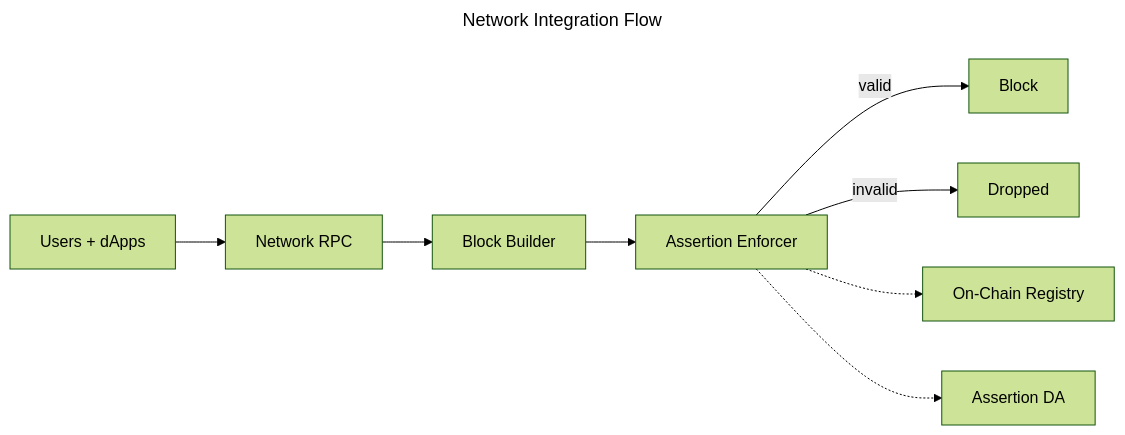
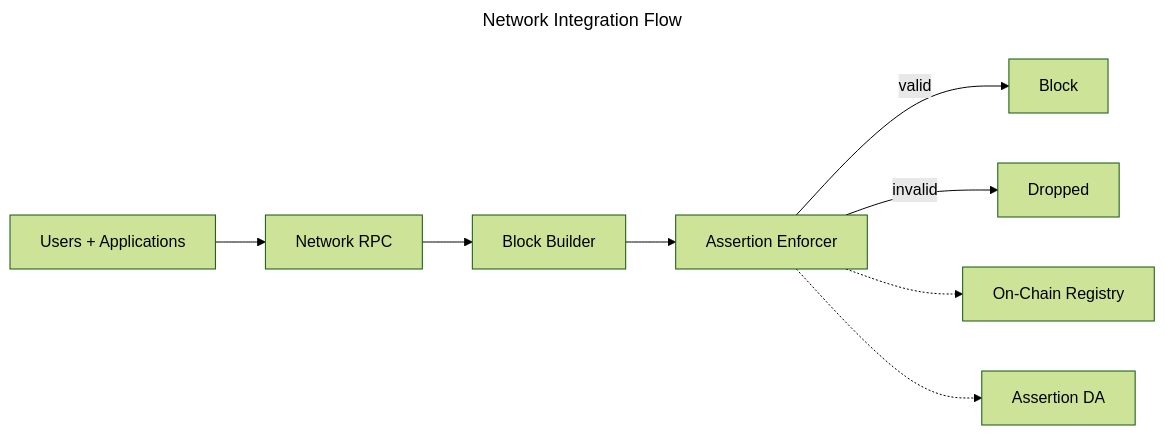
Before and after one commit to phylaxsystems/phylax-docs: the diagram in credible/network-integration.mdx, drawn with Mermaid (forest theme). The commit also changed other lines of this file and 74 other files, not shown here.

````diff
--- a/credible/network-integration.mdx
+++ b/credible/network-integration.mdx
@@ -17,13 +23,13 @@
 ```mermaid
 ---
 title: Network Integration Flow
 ---
 flowchart LR
-  Users[Users + dApps] --> RPC[Network RPC]
+  Users[Users + Applications] --> RPC[Network RPC]
   RPC --> Builder[Block Builder]
   Builder --> Enforcer[Assertion Enforcer]
   Enforcer -->|valid| Block[Block]
   Enforcer -->|invalid| Drop[Dropped]
   Enforcer -.-> Registry[On-Chain Registry]
   Enforcer -.-> DA[Assertion DA]
 ```
````
